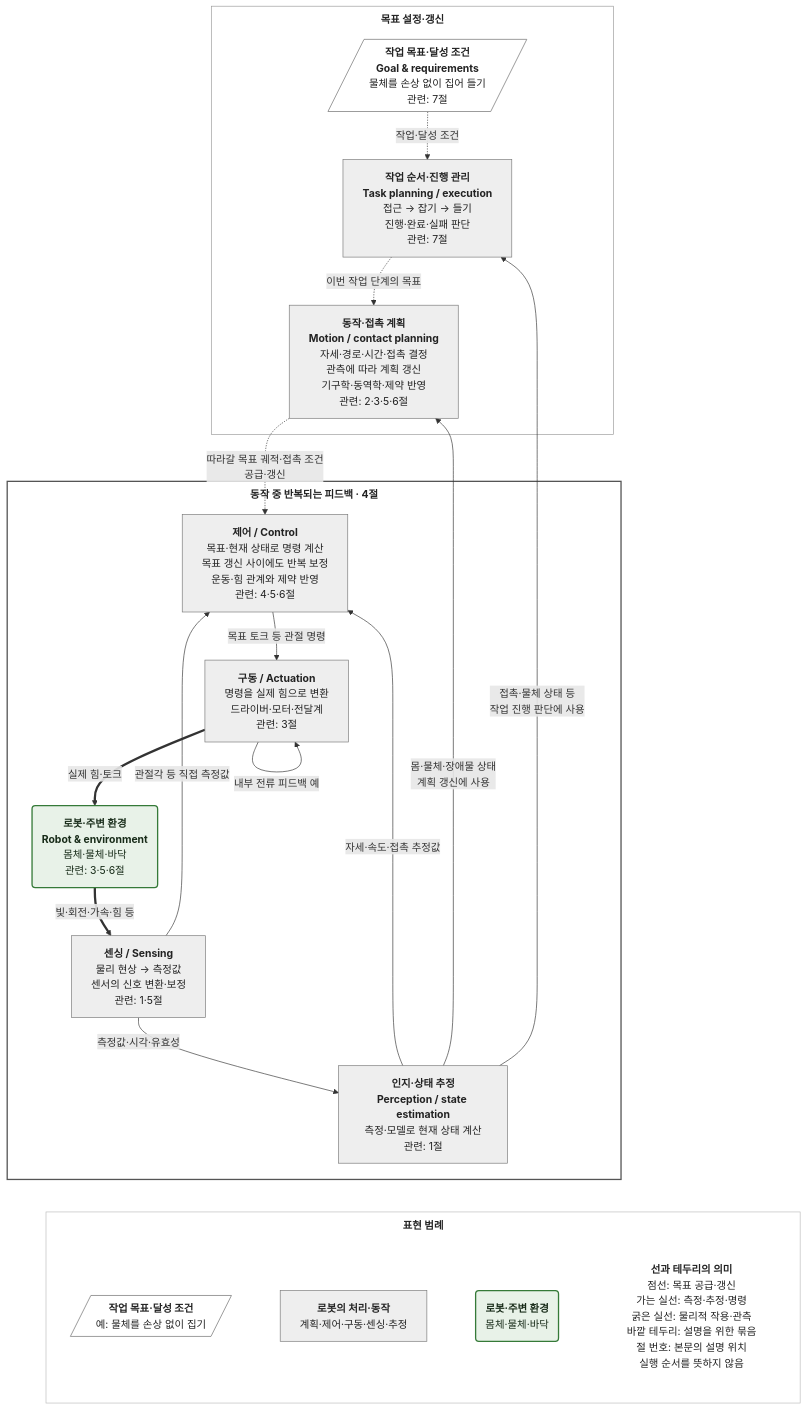
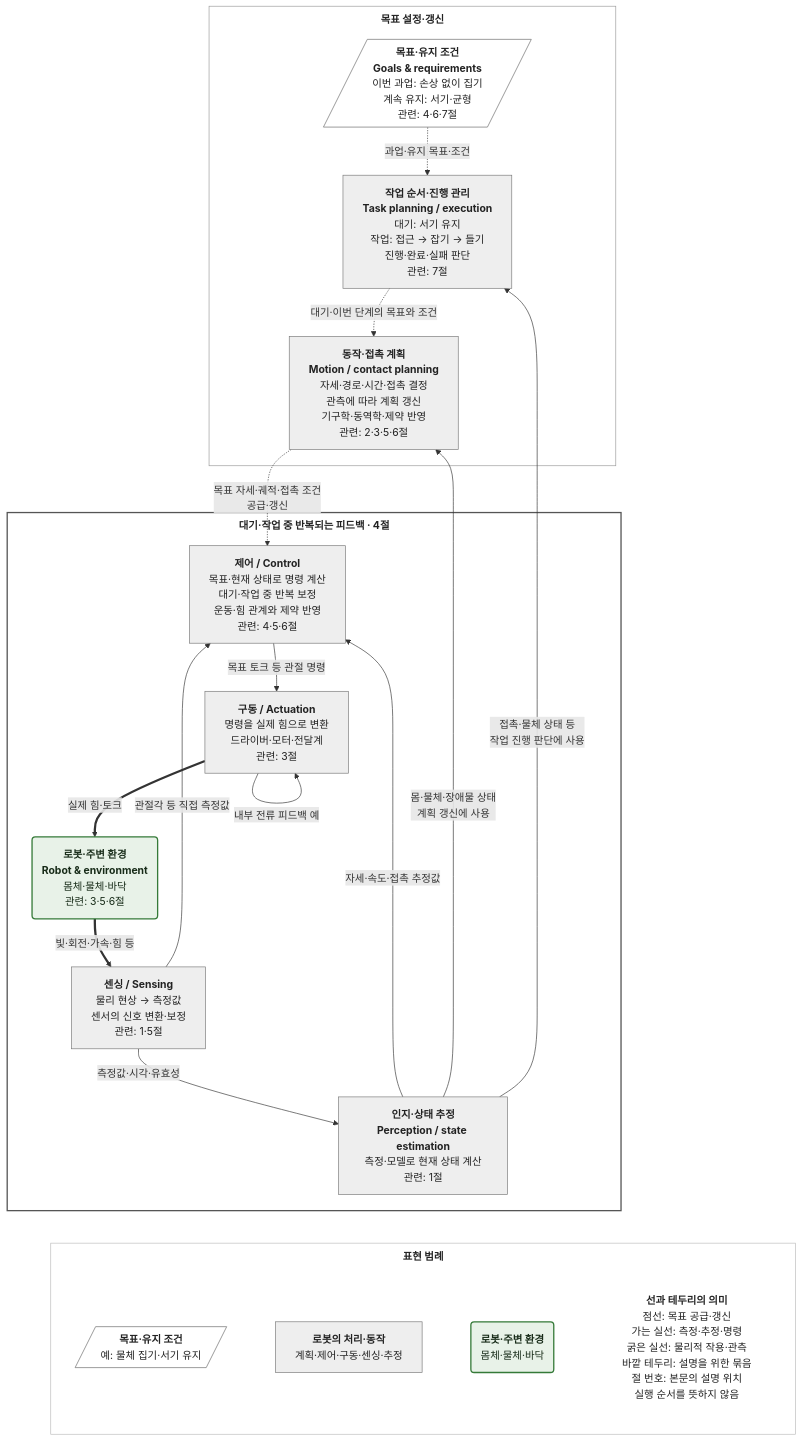
Before and after one commit to sakavato/rotbot-wiki: the diagram in robotics_system_overview.md, drawn with Mermaid. The commit also changed other lines of this file and 2 other files, not shown here.

Commit message:
Clarify persistent standing goals during idle and task execution

````diff
--- a/robotics_system_overview.md
+++ b/robotics_system_overview.md
@@ -18,50 +18,50 @@
 ```mermaid
 %%{init: {"flowchart": {"subGraphTitleMargin": {"top": 8, "bottom": 18}}}}%%
 flowchart TB
     subgraph GOALS["<b>목표 설정·갱신</b>"]
-        G[/"<b>작업 목표·달성 조건<br/>Goal & requirements</b><br/>물체를 손상 없이 집어 들기<br/>관련: 7절"/]
-        T["<b>작업 순서·진행 관리<br/>Task planning / execution</b><br/>접근 → 잡기 → 들기<br/>진행·완료·실패 판단<br/>관련: 7절"]
+        G[/"<b>목표·유지 조건<br/>Goals & requirements</b><br/>이번 과업: 손상 없이 집기<br/>계속 유지: 서기·균형<br/>관련: 4·6·7절"/]
+        T["<b>작업 순서·진행 관리<br/>Task planning / execution</b><br/>대기: 서기 유지<br/>작업: 접근 → 잡기 → 들기<br/>진행·완료·실패 판단<br/>관련: 7절"]
         P["<b>동작·접촉 계획<br/>Motion / contact planning</b><br/>자세·경로·시간·접촉 결정<br/>관측에 따라 계획 갱신<br/>기구학·동역학·제약 반영<br/>관련: 2·3·5·6절"]
-        G -.->|"작업·달성 조건"| T
-        T -.->|"이번 작업 단계의 목표"| P
+        G -.->|"과업·유지 목표·조건"| T
+        T -.->|"대기·이번 단계의 목표와 조건"| P
     end
 
-    subgraph FEEDBACK["<b>동작 중 반복되는 피드백 · 4절</b>"]
-        C["<b>제어 / Control</b><br/>목표·현재 상태로 명령 계산<br/>목표 갱신 사이에도 반복 보정<br/>운동·힘 관계와 제약 반영<br/>관련: 4·5·6절"]
+    subgraph FEEDBACK["<b>대기·작업 중 반복되는 피드백 · 4절</b>"]
+        C["<b>제어 / Control</b><br/>목표·현재 상태로 명령 계산<br/>대기·작업 중 반복 보정<br/>운동·힘 관계와 제약 반영<br/>관련: 4·5·6절"]
         A["<b>구동 / Actuation</b><br/>명령을 실제 힘으로 변환<br/>드라이버·모터·전달계<br/>관련: 3절"]
         R("<b>로봇·주변 환경<br/>Robot & environment</b><br/>몸체·물체·바닥<br/>관련: 3·5·6절")
         S["<b>센싱 / Sensing</b><br/>물리 현상 → 측정값<br/>센서의 신호 변환·보정<br/>관련: 1·5절"]
         E["<b>인지·상태 추정<br/>Perception / state estimation</b><br/>측정·모델로 현재 상태 계산<br/>관련: 1절"]
         C -->|"목표 토크 등 관절 명령"| A
         A ==>|"실제 힘·토크"| R
         E -->|"자세·속도·접촉 추정값"| C
         S -->|"측정값·시각·유효성"| E
         R ==>|"빛·회전·가속·힘 등"| S
         S -->|"관절각 등 직접 측정값"| C
         A -->|"내부 전류 피드백 예"| A
     end
 
-    P -.->|"따라갈 목표 궤적·접촉 조건<br/>공급·갱신"| C
+    P -.->|"목표 자세·궤적·접촉 조건<br/>공급·갱신"| C
     E -->|"몸·물체·장애물 상태<br/>계획 갱신에 사용"| P
     E -->|"접촉·물체 상태 등<br/>작업 진행 판단에 사용"| T
 
     subgraph LEGEND["<b>표현 범례</b>"]
         direction LR
-        LG[/"<b>작업 목표·달성 조건</b><br/>예: 물체를 손상 없이 집기"/] ~~~ LF["<b>로봇의 처리·동작</b><br/>계획·제어·구동·센싱·추정"] ~~~ LR("<b>로봇·주변 환경</b><br/>몸체·물체·바닥")
+        LG[/"<b>목표·유지 조건</b><br/>예: 물체 집기·서기 유지"/] ~~~ LF["<b>로봇의 처리·동작</b><br/>계획·제어·구동·센싱·추정"] ~~~ LR("<b>로봇·주변 환경</b><br/>몸체·물체·바닥")
         LN["<b>선과 테두리의 의미</b><br/>점선: 목표 공급·갱신<br/>가는 실선: 측정·추정·명령<br/>굵은 실선: 물리적 작용·관측<br/>바깥 테두리: 설명을 위한 묶음<br/>절 번호: 본문의 설명 위치<br/>실행 순서를 뜻하지 않음"]
         LR ~~~ LN
     end
     E ~~~ LEGEND
 
     classDef input fill:#ffffff,stroke:#666666,color:#222222
     classDef function fill:#eeeeee,stroke:#777777,color:#222222
     classDef physical fill:#e8f2e8,stroke:#357a38,color:#172b18,stroke-width:2px
     classDef note fill:#ffffff,stroke:none,color:#222222
     class G,LG input
     class T,P,C,A,S,E,LF function
     class R,LR physical
     class LN note
     style GOALS fill:#ffffff,stroke:#999999,color:#222222
     style FEEDBACK fill:#ffffff,stroke:#555555,color:#222222,stroke-width:2px
     style LEGEND fill:#ffffff,stroke:#bbbbbb,color:#222222
 ```
````
